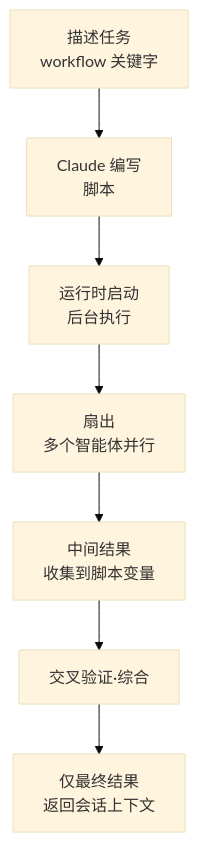
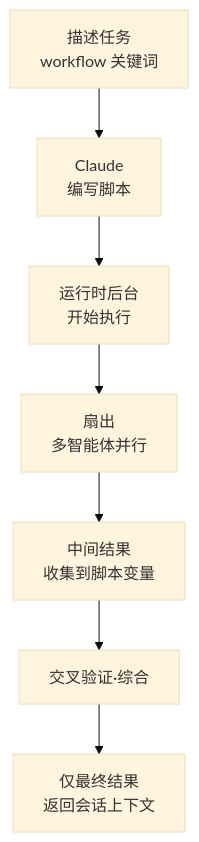
Before and after one commit to modu-ai/moai-adk: the diagram in docs-site/content/zh/claude-code/agentic/workflows.md, drawn with Mermaid (base theme). The commit also changed other lines of this file and 395 other files, not shown here.

````diff
--- a/docs-site/content/zh/claude-code/agentic/workflows.md
+++ b/docs-site/content/zh/claude-code/agentic/workflows.md
@@ -62,9 +62,9 @@
 ```mermaid
 flowchart TD
-    A[描述任务<br>workflow 关键字] --> B[Claude 编写<br>脚本]
-    B --> C[运行时启动<br>后台执行]
-    C --> D[扇出<br>多个智能体并行]
+    A[描述任务<br>workflow 关键词] --> B[Claude<br>编写脚本]
+    B --> C[运行时后台<br>开始执行]
+    C --> D[扇出<br>多智能体并行]
     D --> E[中间结果<br>收集到脚本变量]
     E --> F[交叉验证·综合]
     F --> G[仅最终结果<br>返回会话上下文]
 ```
````
